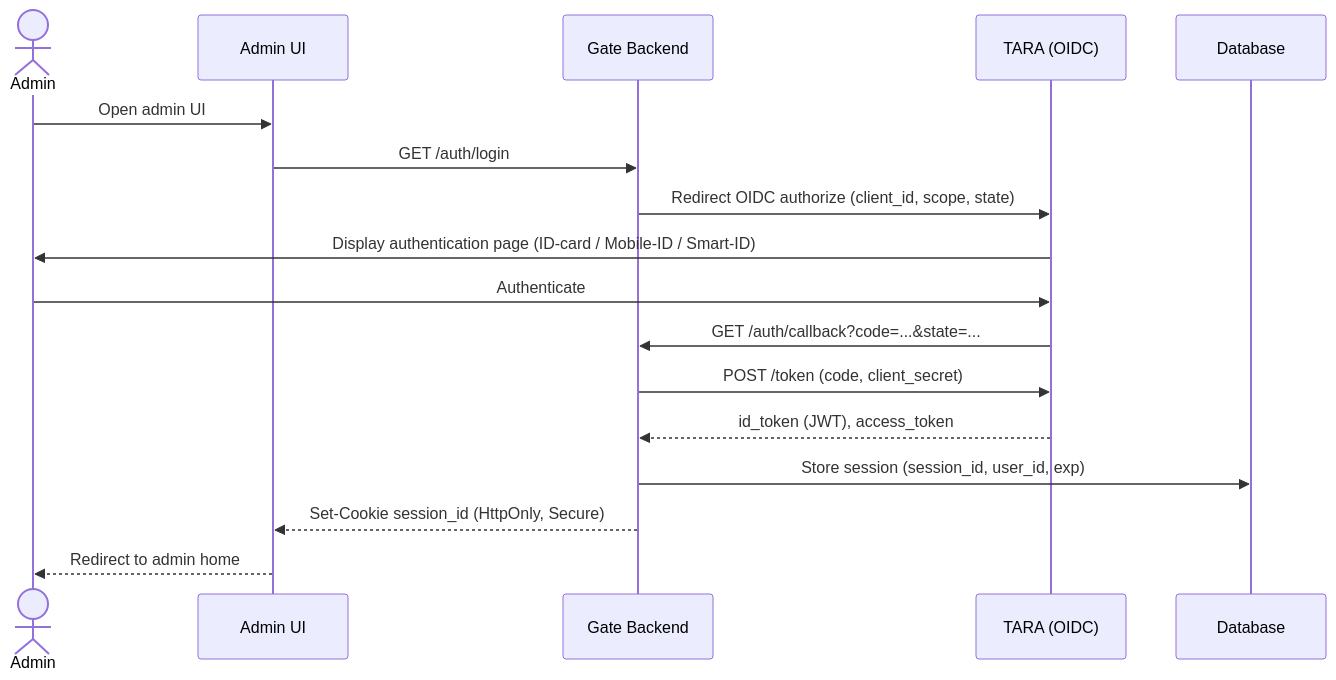
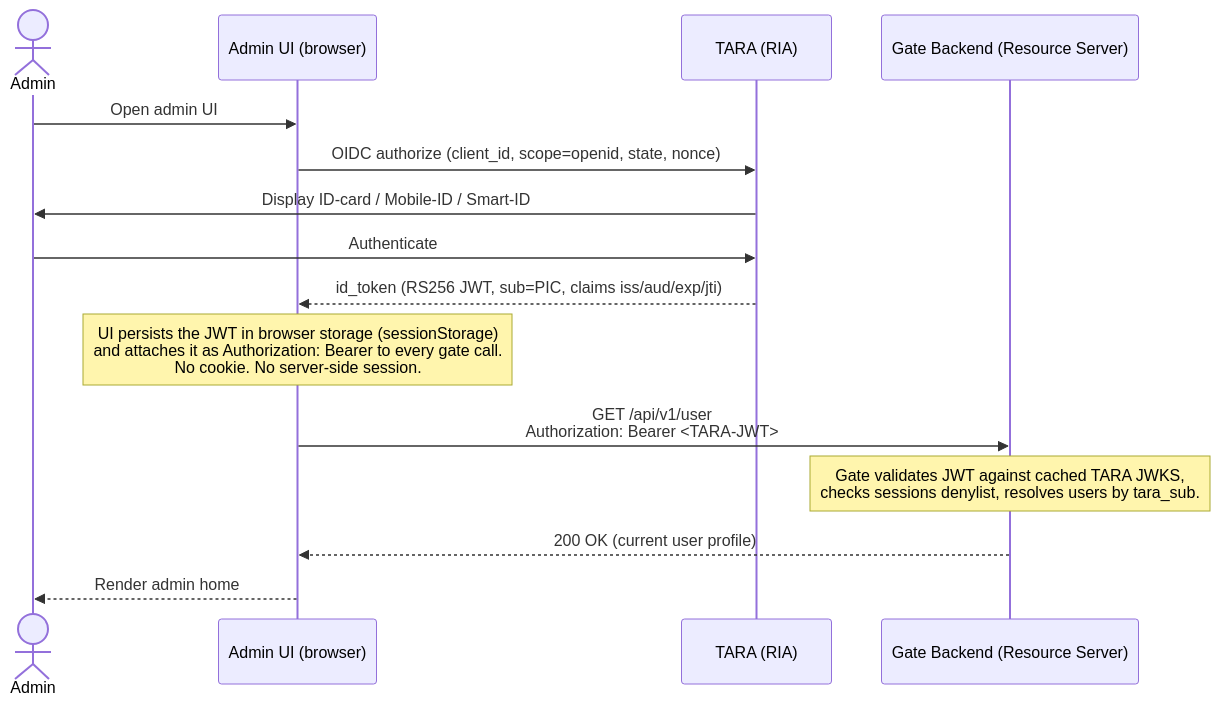
Before and after one commit to kemit-ee/efti-gate-ee: the second of 5 diagrams in docs/epics/epic_23_en.md, drawn with Mermaid. The commit also changed other lines of this file and 17 other files, not shown here.

````diff
--- a/docs/epics/epic_23_en.md
+++ b/docs/epics/epic_23_en.md
@@ -34,20 +38,20 @@
 ```mermaid
 sequenceDiagram
     actor Admin
-    participant UI as Admin UI
-    participant Gate as Gate Backend
-    participant TARA as TARA (OIDC)
-    participant DB as Database
+    participant UI as Admin UI (browser)
+    participant TARA as TARA (RIA)
+    participant Gate as Gate Backend (Resource Server)
 
     Admin->>UI: Open admin UI
-    UI->>Gate: GET /auth/login
-    Gate->>TARA: Redirect OIDC authorize (client_id, scope, state)
-    TARA->>Admin: Display authentication page (ID-card / Mobile-ID / Smart-ID)
+    UI->>TARA: OIDC authorize (client_id, scope=openid, state, nonce)
+    TARA->>Admin: Display ID-card / Mobile-ID / Smart-ID
     Admin->>TARA: Authenticate
-    TARA->>Gate: GET /auth/callback?code=...&state=...
-    Gate->>TARA: POST /token (code, client_secret)
-    TARA-->>Gate: id_token (JWT), access_token
-    Gate->>DB: Store session (session_id, user_id, exp)
-    Gate-->>UI: Set-Cookie session_id (HttpOnly, Secure)
-    UI-->>Admin: Redirect to admin home
+    TARA-->>UI: id_token (RS256 JWT, sub=PIC, claims iss/aud/exp/jti)
+
+    Note over UI: UI persists the JWT in browser storage (sessionStorage)<br/>and attaches it as Authorization: Bearer to every gate call.<br/>No cookie. No server-side session.
+
+    UI->>Gate: GET /api/v1/user<br/>Authorization: Bearer <TARA-JWT>
+    Note over Gate: Gate validates JWT against cached TARA JWKS,<br/>checks sessions denylist, resolves users by tara_sub.
+    Gate-->>UI: 200 OK (current user profile)
+    UI-->>Admin: Render admin home
 ```
````
